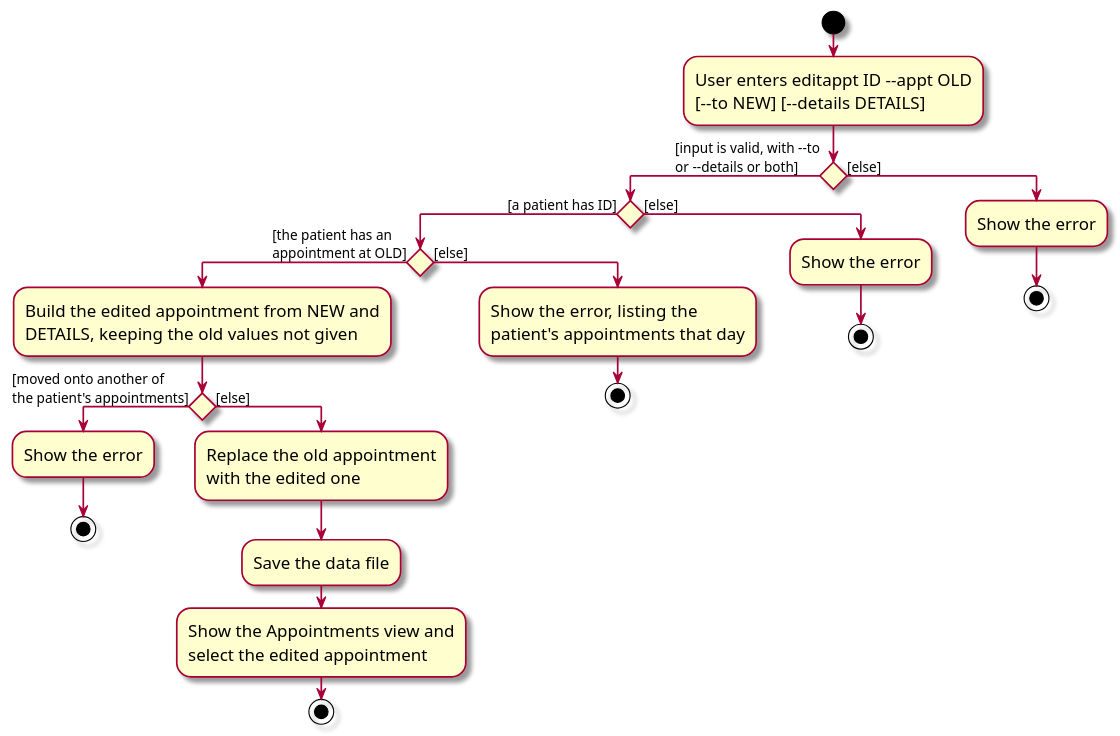
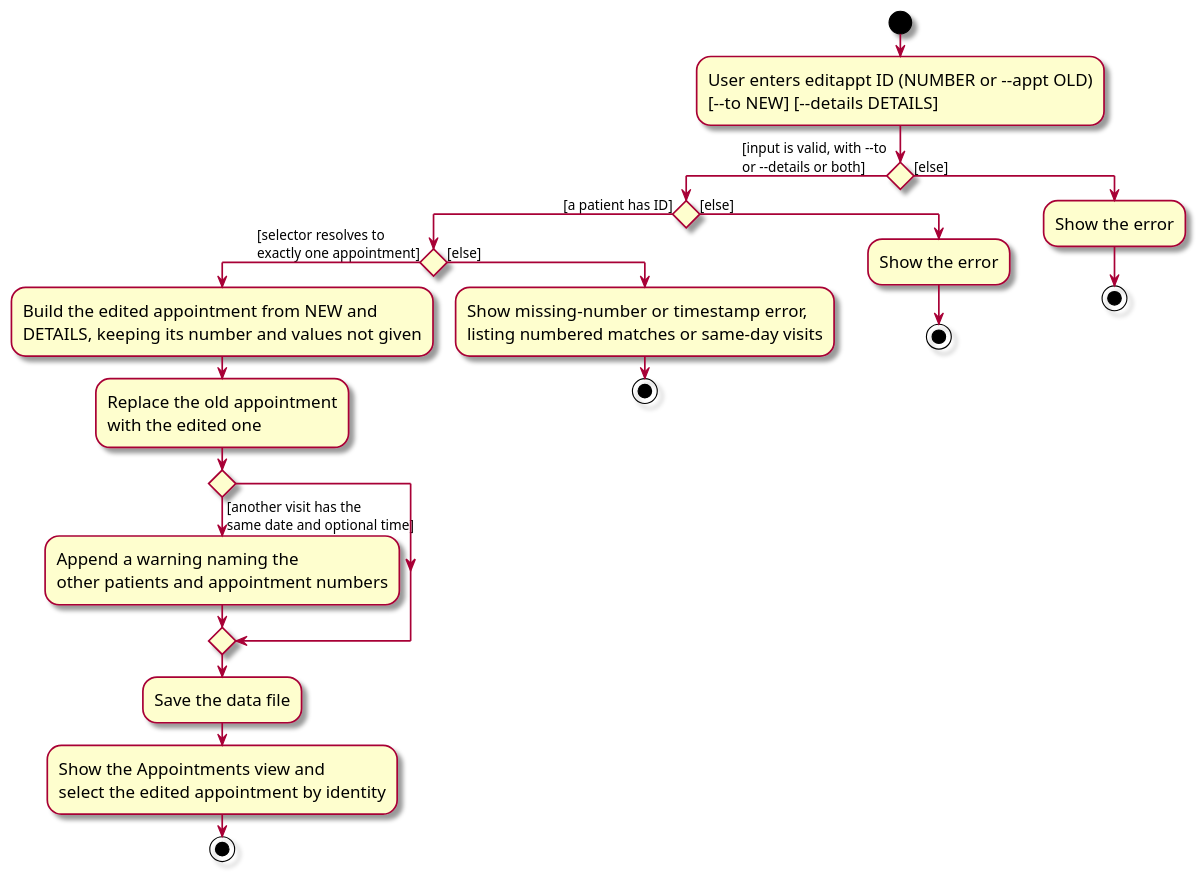
The diagram in docs/diagrams/EditAppointmentActivityDiagram.puml (AY2627S1-CS2103T-F08-2/tp), drawn with PlantUML before and after one commit. The commit also changed 47 other files, not shown here.

```diff
--- a/docs/diagrams/EditAppointmentActivityDiagram.puml
+++ b/docs/diagrams/EditAppointmentActivityDiagram.puml
@@ -1,44 +1,43 @@
 @startuml
 skin rose
 skinparam ActivityFontSize 15
 skinparam ArrowFontSize 12
 start
-:User enters editappt ID ~--appt OLD
+:User enters editappt ID (NUMBER or ~--appt OLD)
 [~--to NEW] [~--details DETAILS];
 
 'Since the beta syntax does not support placing the condition outside the
 'diamond we place it as the true branch instead.
 
 if () then ([input is valid, with --to
 or --details or both])
     if () then ([a patient has ID])
-        if () then ([the patient has an
-appointment at OLD])
+        if () then ([selector resolves to
+exactly one appointment])
             :Build the edited appointment from NEW and
-            DETAILS, keeping the old values not given;
-            if () then ([moved onto another of
-the patient's appointments])
-                :Show the error;
-                stop
-            else ([else])
-                :Replace the old appointment
-                with the edited one;
-                :Save the data file;
-                :Show the Appointments view and
-                select the edited appointment;
-                stop
+            DETAILS, keeping its number and values not given;
+            :Replace the old appointment
+            with the edited one;
+            if () then ([another visit has the
+same date and optional time])
+                :Append a warning naming the
+                other patients and appointment numbers;
             endif
+            :Save the data file;
+            :Show the Appointments view and
+            select the edited appointment by identity;
+            stop
         else ([else])
-            :Show the error, listing the
-            patient's appointments that day;
+            :Show missing-number or timestamp error,
+            listing numbered matches or same-day visits;
             stop
         endif
     else ([else])
         :Show the error;
         stop
     endif
 else ([else])
     :Show the error;
     stop
 endif
 @enduml
```
